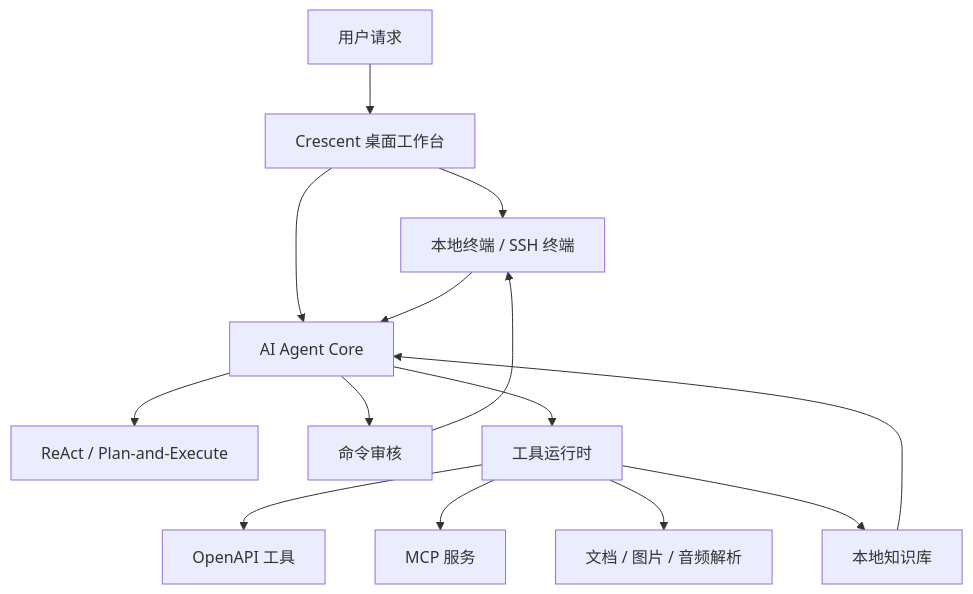
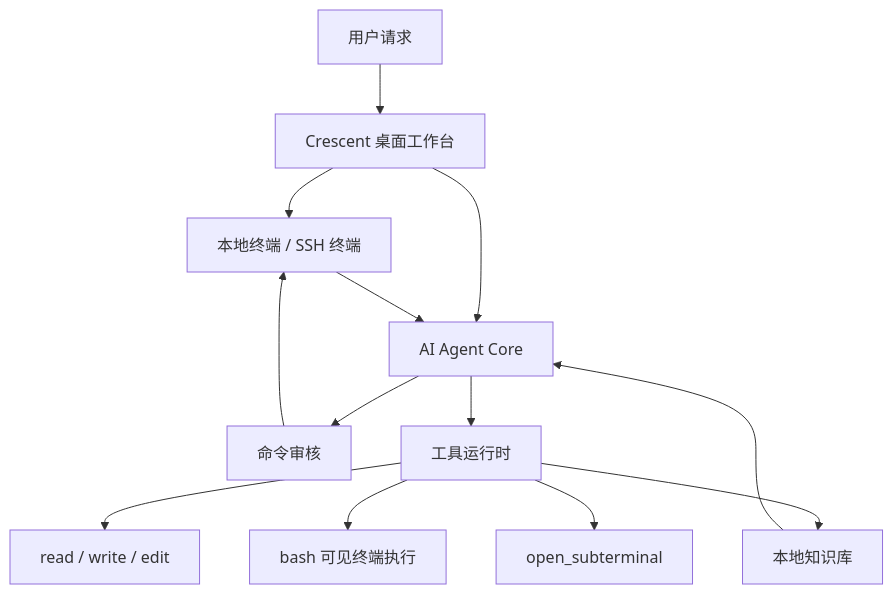
The diagram in README.zh-CN.md (aide-family/Crescent), drawn with Mermaid before and after one commit. The commit also changed other lines of this file and 45 other files, not shown here.

````diff
--- a/README.zh-CN.md
+++ b/README.zh-CN.md
@@ -89,16 +93,15 @@
 ```mermaid
 flowchart TD
   user["用户请求"] --> ui["Crescent 桌面工作台"]
   ui --> terminal["本地终端 / SSH 终端"]
   ui --> agent["AI Agent Core"]
-  agent --> planner["ReAct / Plan-and-Execute"]
   agent --> audit["命令审核"]
   audit --> terminal
   agent --> tools["工具运行时"]
-  tools --> openapi["OpenAPI 工具"]
-  tools --> mcp["MCP 服务"]
-  tools --> docs["文档 / 图片 / 音频解析"]
+  tools --> files["read / write / edit"]
+  tools --> bash["bash 可见终端执行"]
+  tools --> subterm["open_subterminal"]
   tools --> wiki["本地知识库"]
   wiki --> agent
   terminal --> agent
 ```
````
